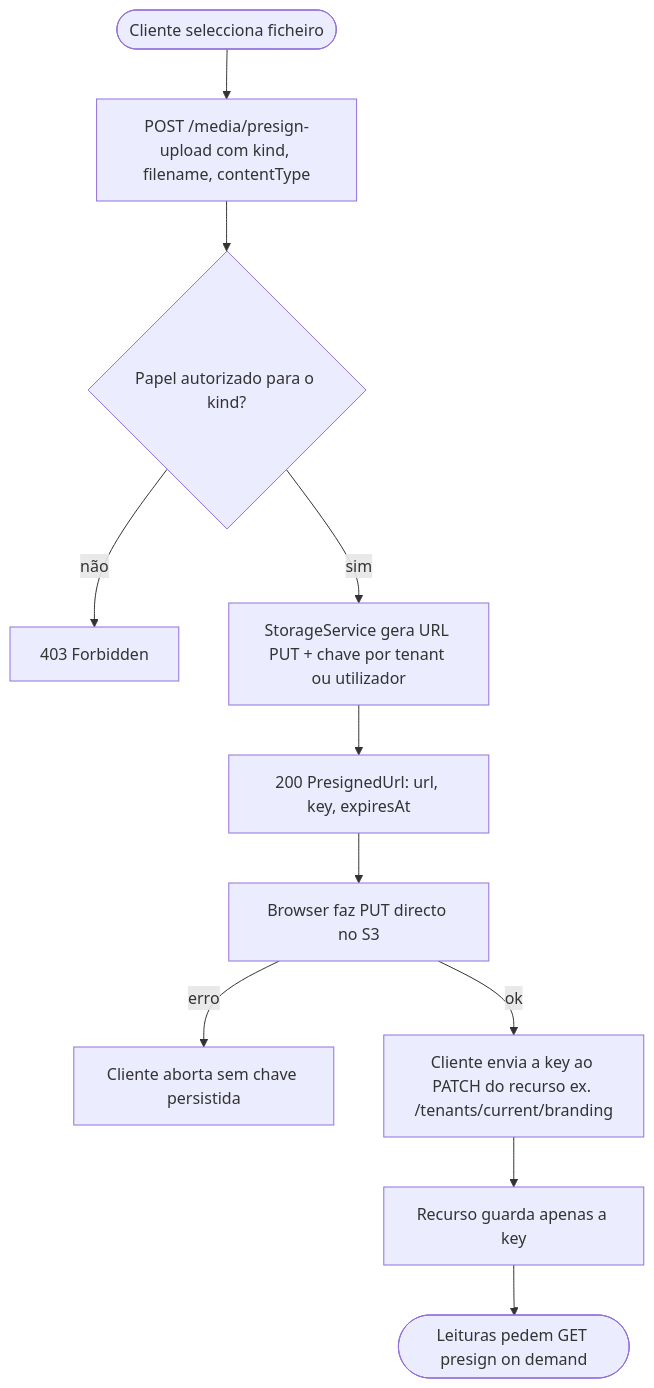
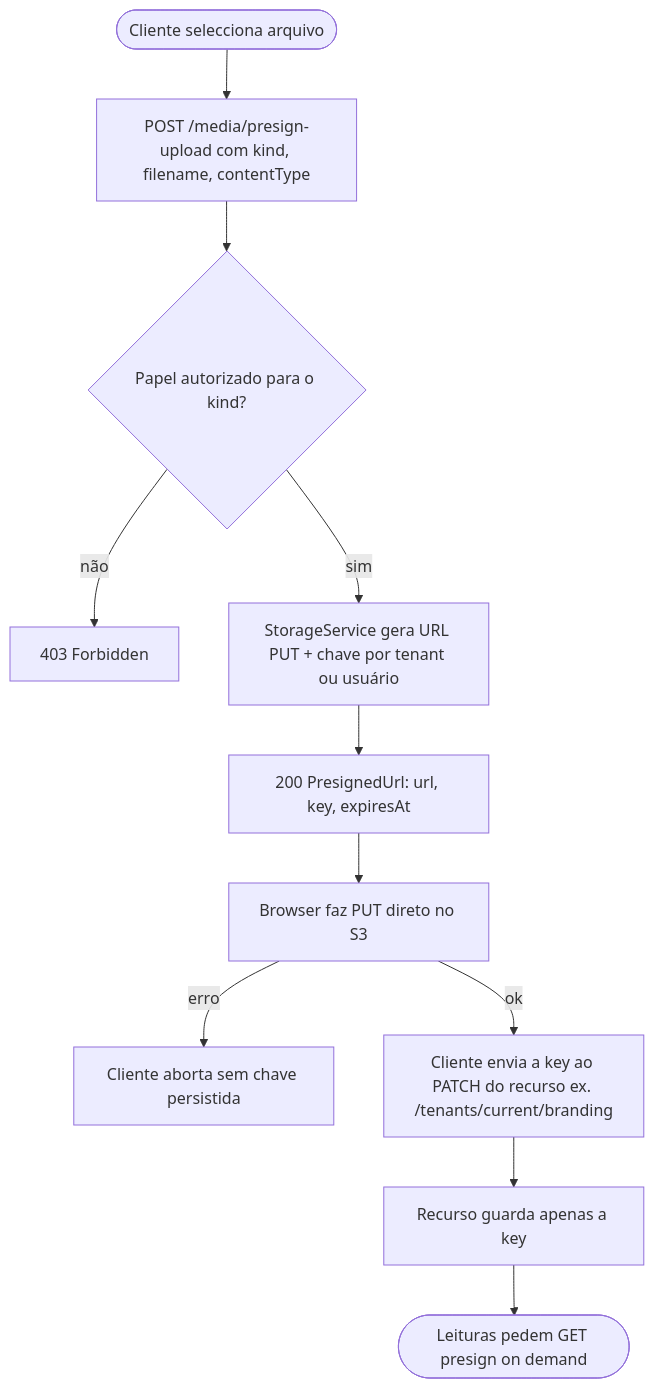
One commit to AndreXime/deploy-talent changed the fifth of 13 diagrams in FLUXOS.md. Above: the diagram before and after it, drawn with Mermaid. The commit also changed other lines of this file and 50 other files, not shown here.

````diff
--- a/FLUXOS.md
+++ b/FLUXOS.md
@@ -94,13 +94,13 @@
 ```mermaid
 flowchart TD
-    pick([Cliente selecciona ficheiro]) --> presign[POST /media/presign-upload com kind, filename, contentType]
+    pick([Cliente selecciona arquivo]) --> presign[POST /media/presign-upload com kind, filename, contentType]
     presign --> auth{Papel autorizado para o kind?}
     auth -- não --> err403[403 Forbidden]
-    auth -- sim --> sign[StorageService gera URL PUT + chave por tenant ou utilizador]
+    auth -- sim --> sign[StorageService gera URL PUT + chave por tenant ou usuário]
     sign --> resp[200 PresignedUrl: url, key, expiresAt]
-    resp --> put[Browser faz PUT directo no S3]
+    resp --> put[Browser faz PUT direto no S3]
     put -- erro --> abort[Cliente aborta sem chave persistida]
     put -- ok --> patch[Cliente envia a key ao PATCH do recurso ex. /tenants/current/branding]
     patch --> persisted[Recurso guarda apenas a key]
     persisted --> read([Leituras pedem GET presign on demand])
 ```
````
